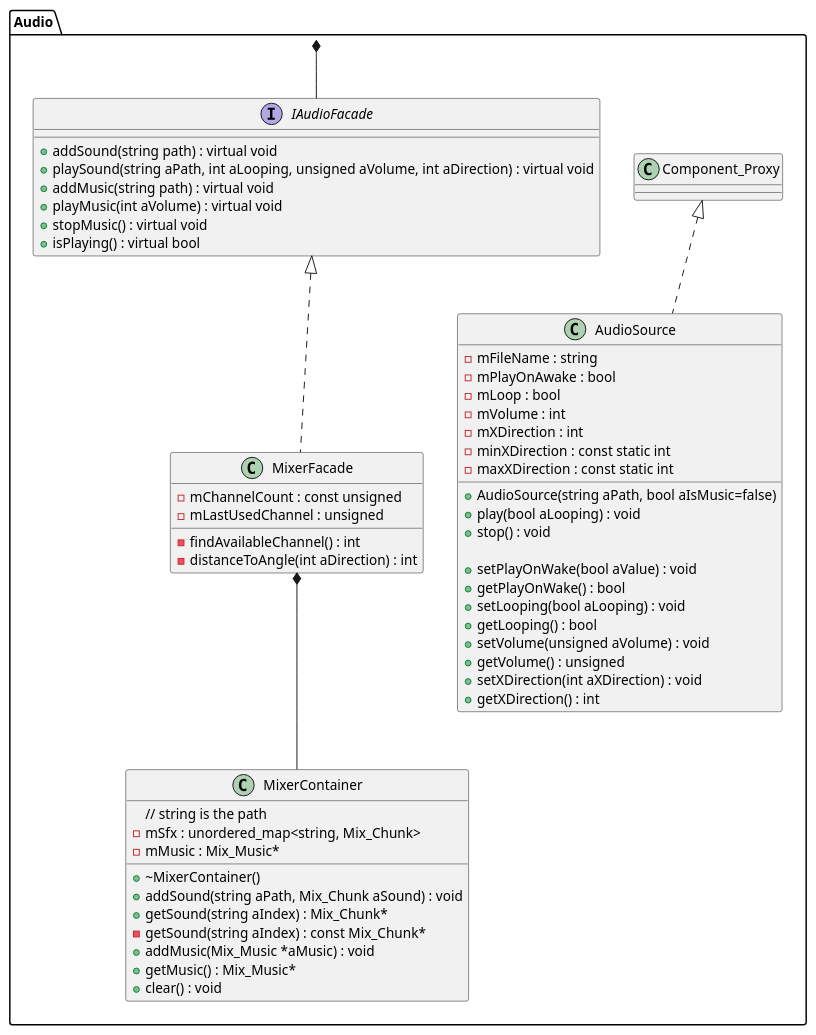
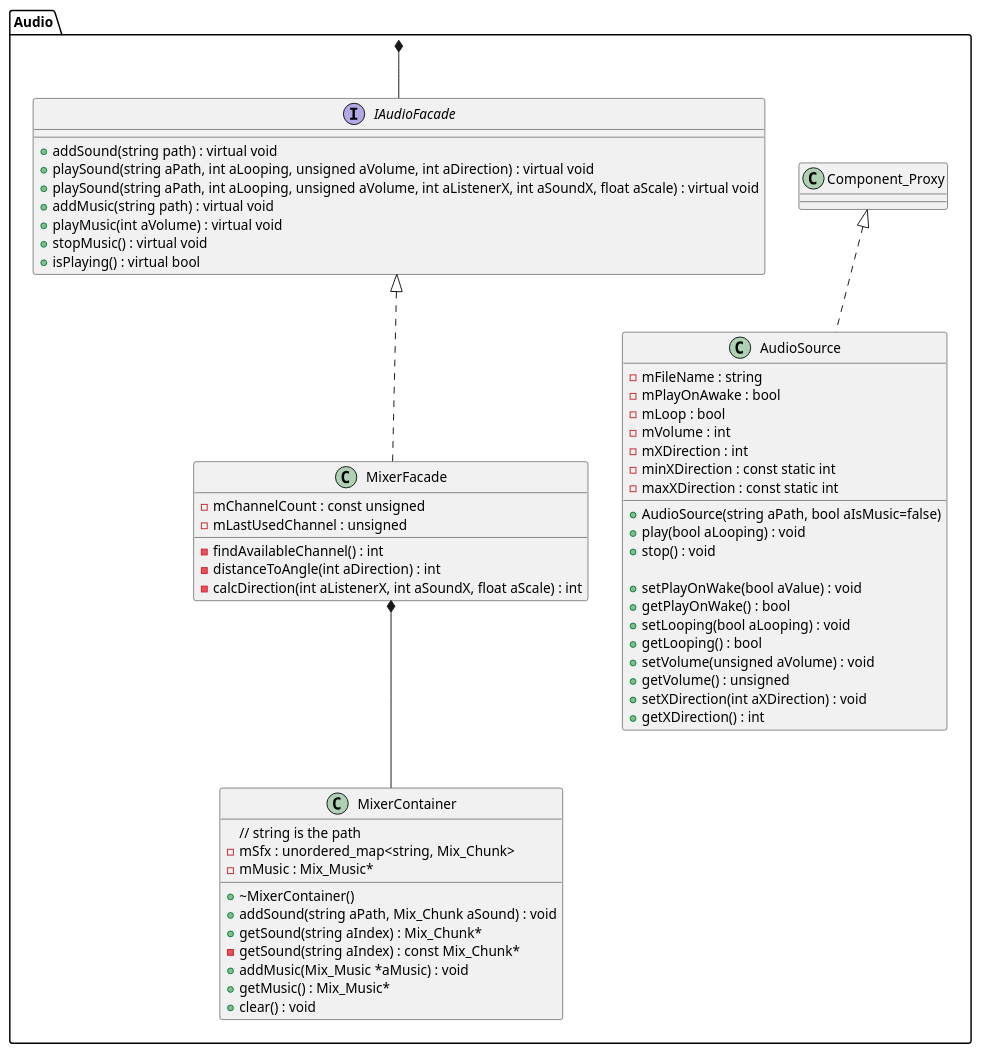
The diagram in docs/Diagrams/classDiagramPackages/audioPackage.puml (Seger01/GameEngine), drawn with PlantUML before and after one commit.

Commit message:
Added sfx playing option to audio facade, to directly insert listener and source x coordinates

```diff
--- a/docs/Diagrams/classDiagramPackages/audioPackage.puml
+++ b/docs/Diagrams/classDiagramPackages/audioPackage.puml
@@ -1,63 +1,65 @@
 @startuml audioPackageClassDiagram
 
 package Audio{
     class Component_Proxy {}
 
 class AudioSource implements Component_Proxy{
     - mFileName : string
     - mPlayOnAwake : bool
     - mLoop : bool
     - mVolume : int
     - mXDirection : int
     - minXDirection : const static int
     - maxXDirection : const static int
     + AudioSource(string aPath, bool aIsMusic=false)
     + play(bool aLooping) : void
     + stop() : void 
 
     + setPlayOnWake(bool aValue) : void
     + getPlayOnWake() : bool
     + setLooping(bool aLooping) : void
     + getLooping() : bool
     + setVolume(unsigned aVolume) : void
     + getVolume() : unsigned
     + setXDirection(int aXDirection) : void
     + getXDirection() : int
 }
 
 interface IAudioFacade {
     + addSound(string path) : virtual void
     + playSound(string aPath, int aLooping, unsigned aVolume, int aDirection) : virtual void
+    + playSound(string aPath, int aLooping, unsigned aVolume, int aListenerX, int aSoundX, float aScale) : virtual void
     + addMusic(string path) : virtual void
     + playMusic(int aVolume) : virtual void
     + stopMusic() : virtual void
     + isPlaying() : virtual bool
 }
 
 class MixerFacade implements IAudioFacade {
     - mChannelCount : const unsigned
     - mLastUsedChannel : unsigned
     - findAvailableChannel() : int
     - distanceToAngle(int aDirection) : int
+    - calcDirection(int aListenerX, int aSoundX, float aScale) : int
 }
 
 class MixerContainer {
     // string is the path
     - mSfx : unordered_map<string, Mix_Chunk>
     - mMusic : Mix_Music*
     + ~MixerContainer()
     + addSound(string aPath, Mix_Chunk aSound) : void
     + getSound(string aIndex) : Mix_Chunk*
     - getSound(string aIndex) : const Mix_Chunk*
     + addMusic(Mix_Music *aMusic) : void
     + getMusic() : Mix_Music*
     + clear() : void
 }
 
 MixerFacade *-- MixerContainer
 
 }
 
 Audio *--IAudioFacade
 
 @enduml
```
